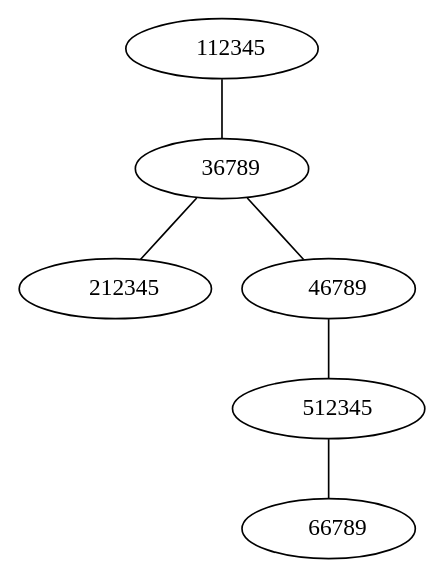
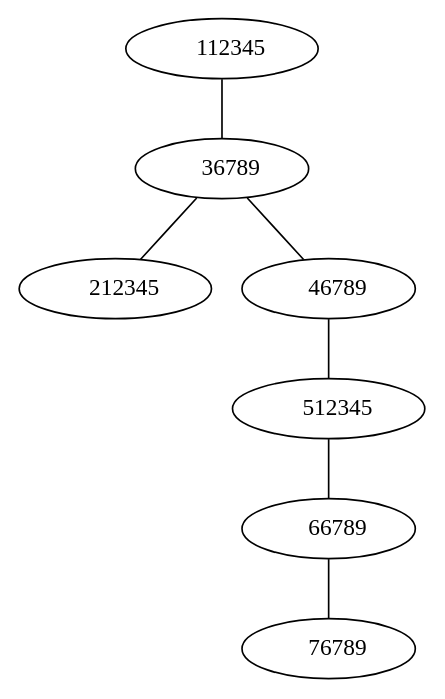
The diagram in FASE3/sucursales_bst.dot (nxz7/EDD_PROYECTO-_202200007), drawn with Graphviz before and after one commit. The commit also changed 24 other files, not shown here.

```diff
--- a/FASE3/sucursales_bst.dot
+++ b/FASE3/sucursales_bst.dot
@@ -1,13 +1,15 @@
 graph{
      1 [label="    112345"];
      1 --     2;
      2 [label="    36789"];
      2 --     3;
      2 --     4;
      3 [label="    212345"];
      4 [label="    46789"];
      4 --     5;
      5 [label="    512345"];
      5 --     6;
      6 [label="    66789"];
+     6 --     7;
+     7 [label="    76789"];
 }
```
